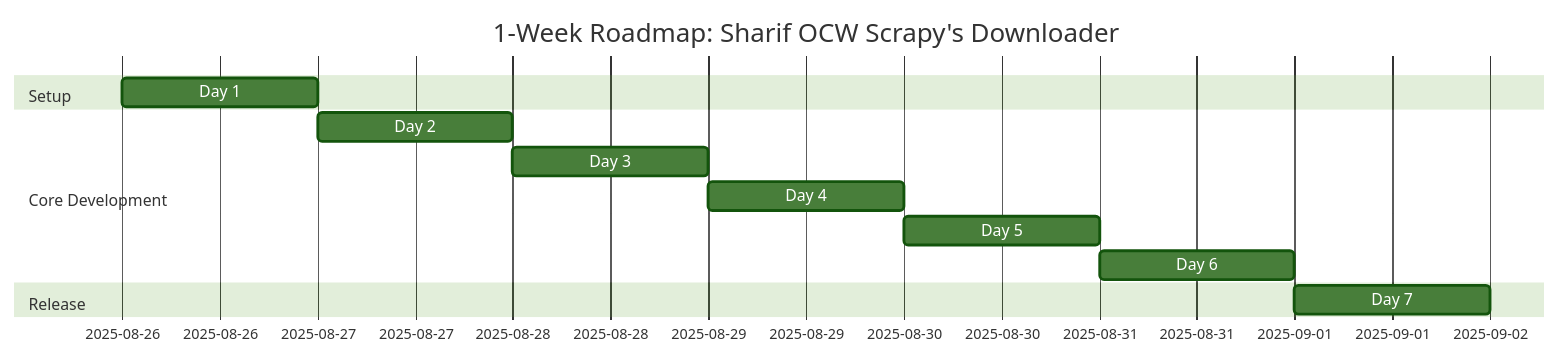
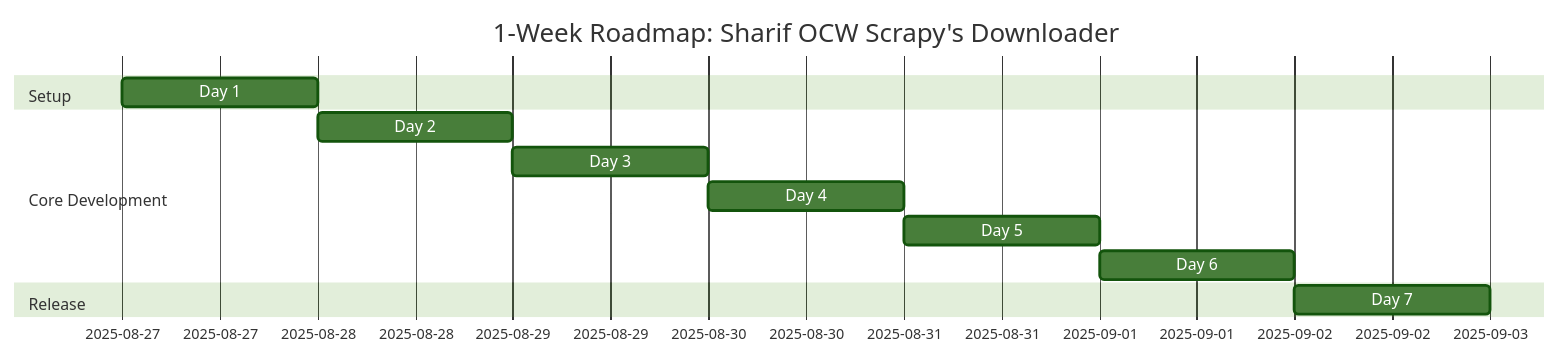
One commit to Mdevpro78/sharif-ocw-scrapy-downloader changed the diagram in docs/project-roadmap.md. Above: the diagram before and after it, drawn with Mermaid (forest theme).

Commit message:
docs: update project roadmap dates to reflect schedule shift

````diff
--- a/docs/project-roadmap.md
+++ b/docs/project-roadmap.md
@@ -185,15 +185,15 @@
 ```mermaid
 gantt
     title 1-Week Roadmap: Sharif OCW Scrapy's Downloader
     dateFormat  YYYY-MM-DD
     section Setup
-    Day 1: Setup Repo & Settings         :done, 2025-08-26, 1d
+    Day 1: Setup Repo & Settings         :done, 2025-08-27, 1d
     section Core Development
-    Day 2: Data Models & Items           :active, 2025-08-27, 1d
-    Day 3: Spider Implementation         : 2025-08-28, 1d
-    Day 4: Pipelines (Validation+Storage): 2025-08-29, 1d
-    Day 5: Download & Progress Tracking  : 2025-08-30, 1d
-    Day 6: Middleware & Error Handling   : 2025-08-31, 1d
+    Day 2: Data Models & Items           :active, 2025-08-28, 1d
+    Day 3: Spider Implementation         : 2025-08-29, 1d
+    Day 4: Pipelines (Validation+Storage): 2025-08-30, 1d
+    Day 5: Download & Progress Tracking  : 2025-08-31, 1d
+    Day 6: Middleware & Error Handling   : 2025-09-1, 1d
     section Release
-    Day 7: Testing, Docs & Release       : 2025-09-01, 1d
+    Day 7: Testing, Docs & Release       : 2025-09-02, 1d
 ```
````
